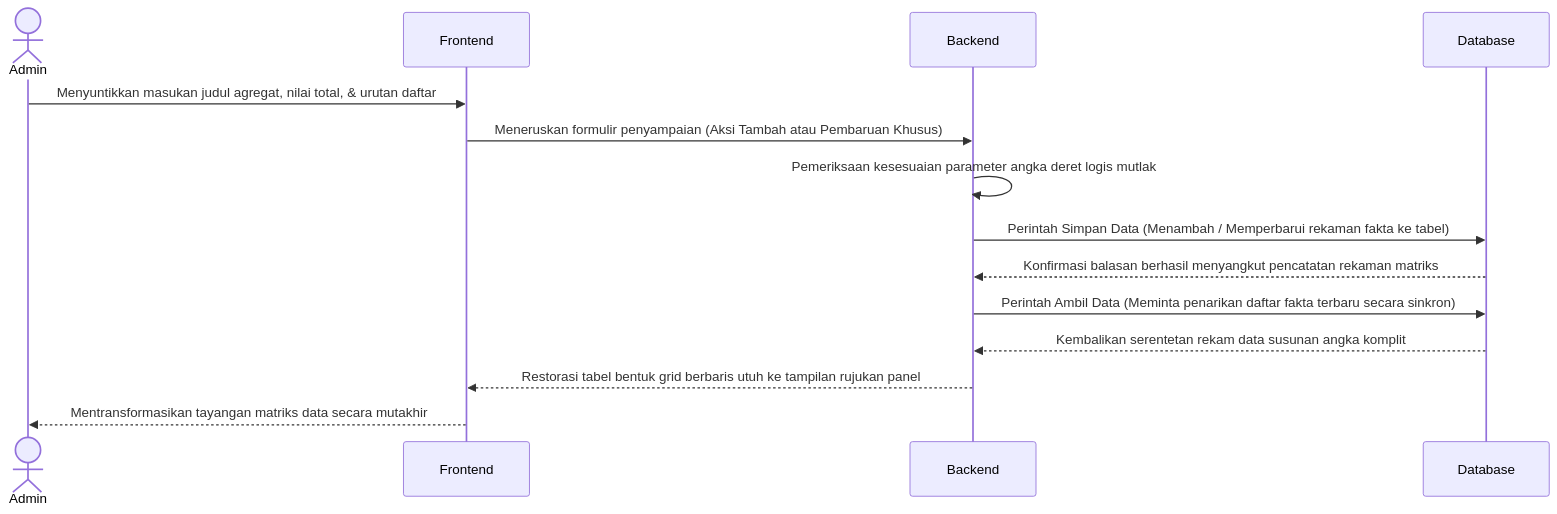
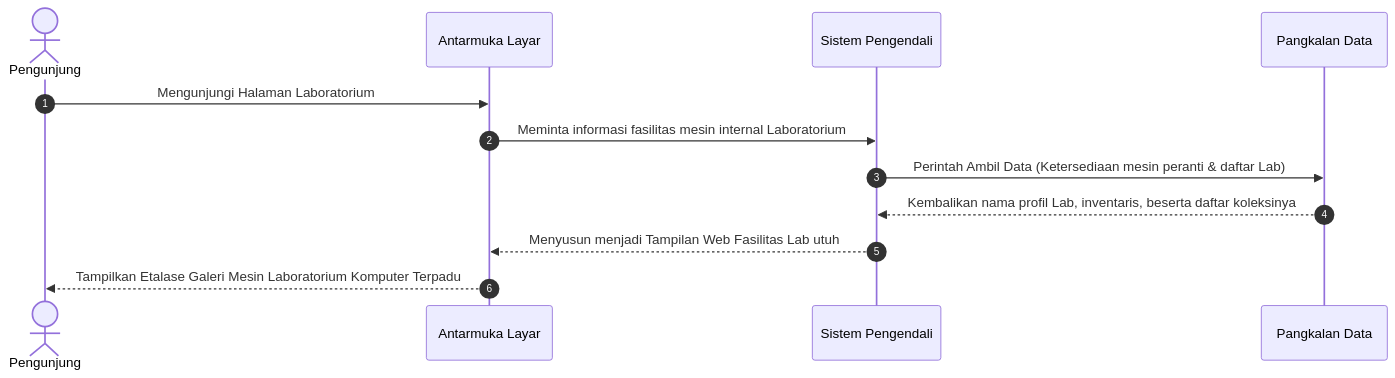
Before and after one commit to arbain-dev/Web_fikom: diagram 11 of 39 in docs/02_DIAGRAM_URUTAN_SEQUENCE.md, drawn with Mermaid. The commit also changed other lines of this file and 4 other files, not shown here.

````diff
--- a/docs/02_DIAGRAM_URUTAN_SEQUENCE.md
+++ b/docs/02_DIAGRAM_URUTAN_SEQUENCE.md
@@ -53,17 +267,17 @@
 ```mermaid
 sequenceDiagram
-    actor Admin
-    participant Frontend as Frontend
-    participant Backend as Backend
-    participant Database as Database
+    autonumber
+    actor User as Pengunjung
+    participant Frontend as Antarmuka Layar
+    participant Backend as Sistem Pengendali
+    participant Database as Pangkalan Data
+
+    User->>Frontend: Mengunjungi Halaman Laboratorium
+    Frontend->>Backend: Meminta informasi fasilitas mesin internal Laboratorium
     
-    Admin->>Frontend: Menyuntikkan masukan judul agregat, nilai total, & urutan daftar
-    Frontend->>Backend: Meneruskan formulir penyampaian (Aksi Tambah atau Pembaruan Khusus)
-    Backend->>Backend: Pemeriksaan kesesuaian parameter angka deret logis mutlak
-    Backend->>Database: Perintah Simpan Data (Menambah / Memperbarui rekaman fakta ke tabel)
-    Database-->>Backend: Konfirmasi balasan berhasil menyangkut pencatatan rekaman matriks
-    Backend->>Database: Perintah Ambil Data (Meminta penarikan daftar fakta terbaru secara sinkron)
-    Database-->>Backend: Kembalikan serentetan rekam data susunan angka komplit
-    Backend-->>Frontend: Restorasi tabel bentuk grid berbaris utuh ke tampilan rujukan panel
-    Frontend-->>Admin: Mentransformasikan tayangan matriks data secara mutakhir
+    Backend->>Database: Perintah Ambil Data (Ketersediaan mesin peranti & daftar Lab)
+    Database-->>Backend: Kembalikan nama profil Lab, inventaris, beserta daftar koleksinya
+    
+    Backend-->>Frontend: Menyusun menjadi Tampilan Web Fasilitas Lab utuh
+    Frontend-->>User: Tampilkan Etalase Galeri Mesin Laboratorium Komputer Terpadu
 ```
````
